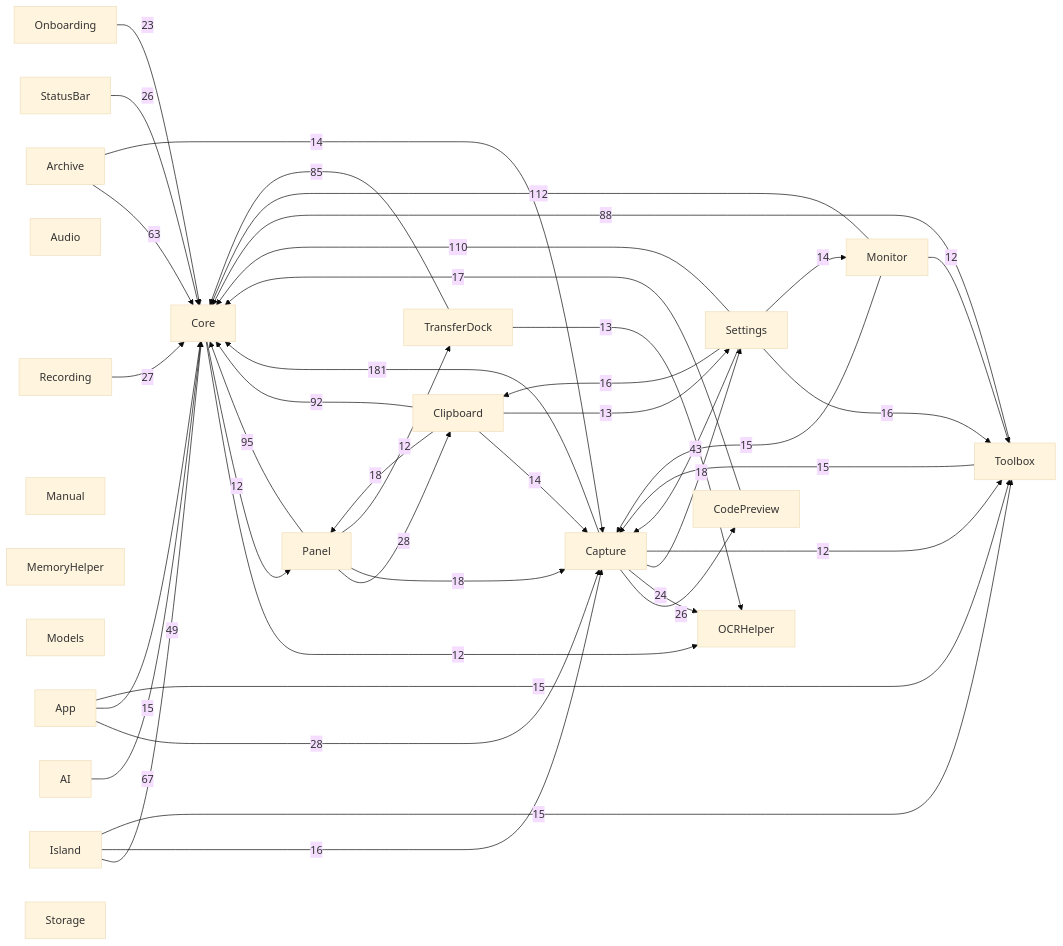
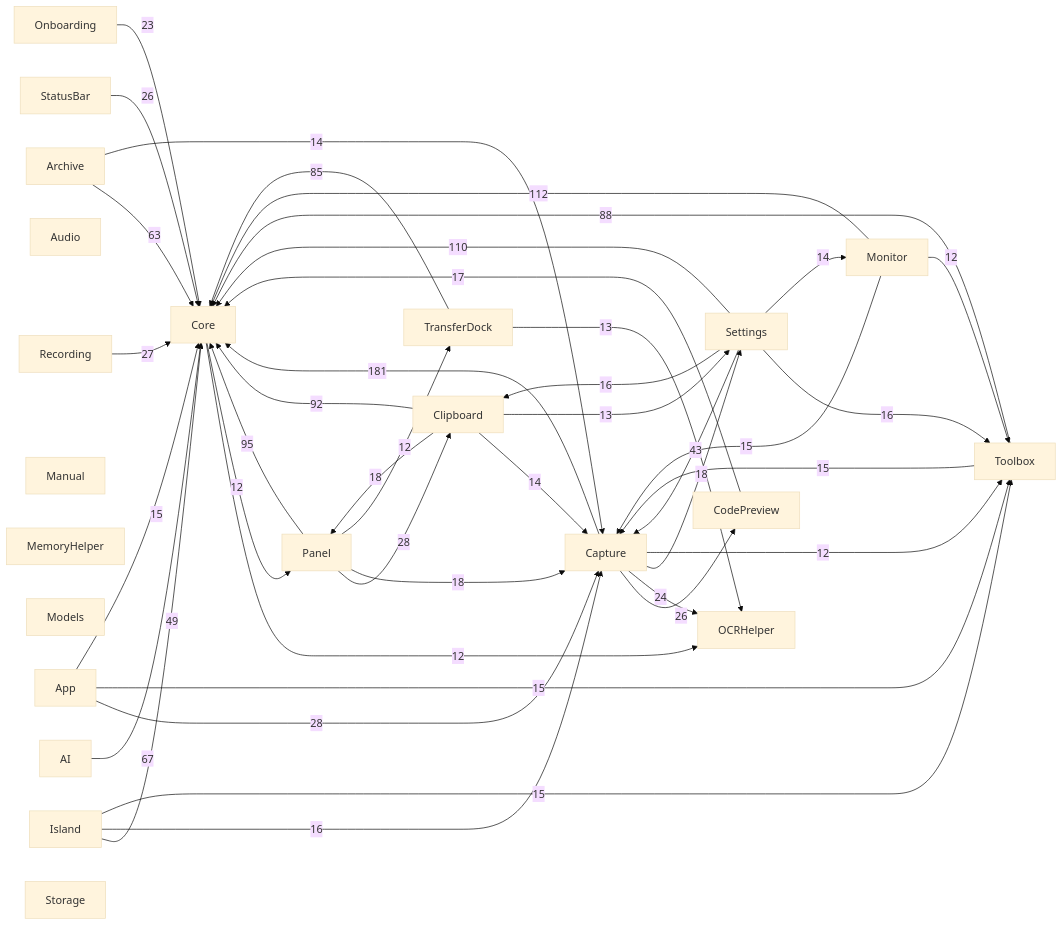
One commit to sxyq/Kitnest changed the diagram in docs/00-总览/模块依赖图.md. Above: the diagram before and after it, drawn with Mermaid (base theme). The commit also changed other lines of this file and 10 other files, not shown here.

````diff
--- a/docs/00-总览/模块依赖图.md
+++ b/docs/00-总览/模块依赖图.md
@@ -36,65 +36,65 @@
 ```mermaid
 flowchart LR
   M0["AI"]
   M1["App"]
   M2["Archive"]
   M3["Audio"]
   M4["Capture"]
   M5["Clipboard"]
   M6["CodePreview"]
   M7["Core"]
   M8["Island"]
   M9["Manual"]
   M10["MemoryHelper"]
   M11["Models"]
   M12["Monitor"]
   M13["OCRHelper"]
   M14["Onboarding"]
   M15["Panel"]
   M16["Recording"]
   M17["Settings"]
   M18["StatusBar"]
   M19["Storage"]
   M20["Toolbox"]
   M21["TransferDock"]
   M4 -->|181| M7
   M12 -->|112| M7
   M17 -->|110| M7
   M15 -->|95| M7
   M5 -->|92| M7
   M20 -->|88| M7
   M21 -->|85| M7
   M0 -->|67| M7
   M2 -->|63| M7
   M8 -->|49| M7
   M17 -->|43| M4
   M1 -->|28| M4
   M15 -->|28| M5
   M16 -->|27| M7
   M4 -->|26| M6
   M18 -->|26| M7
   M4 -->|24| M13
   M14 -->|23| M7
   M4 -->|18| M17
   M15 -->|18| M4
   M5 -->|18| M15
   M6 -->|17| M7
+  M17 -->|16| M20
   M17 -->|16| M5
-  M17 -->|16| M20
   M8 -->|16| M4
+  M1 -->|15| M20
   M1 -->|15| M7
-  M1 -->|15| M20
   M12 -->|15| M4
   M20 -->|15| M4
   M8 -->|15| M20
   M17 -->|14| M12
   M2 -->|14| M4
   M5 -->|14| M4
   M21 -->|13| M13
   M5 -->|13| M17
   M7 -->|12| M13
   M7 -->|12| M15
   M4 -->|12| M20
   M12 -->|12| M20
   M15 -->|12| M21
 ```
````
